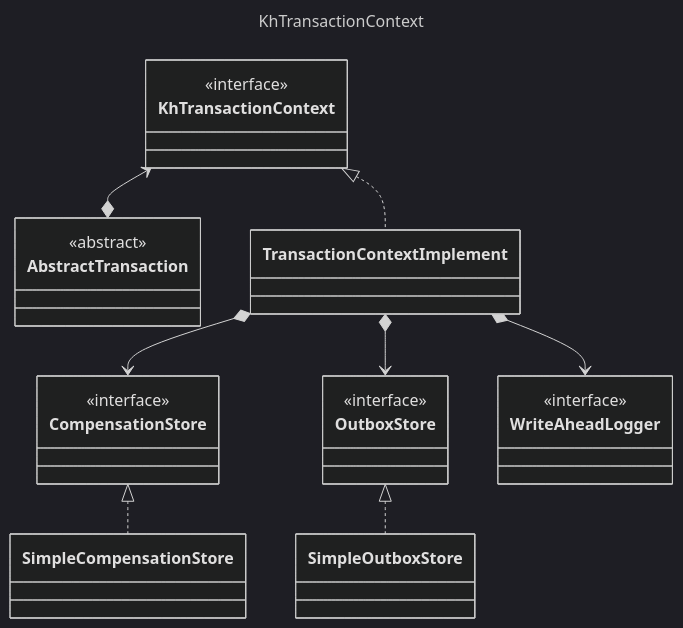
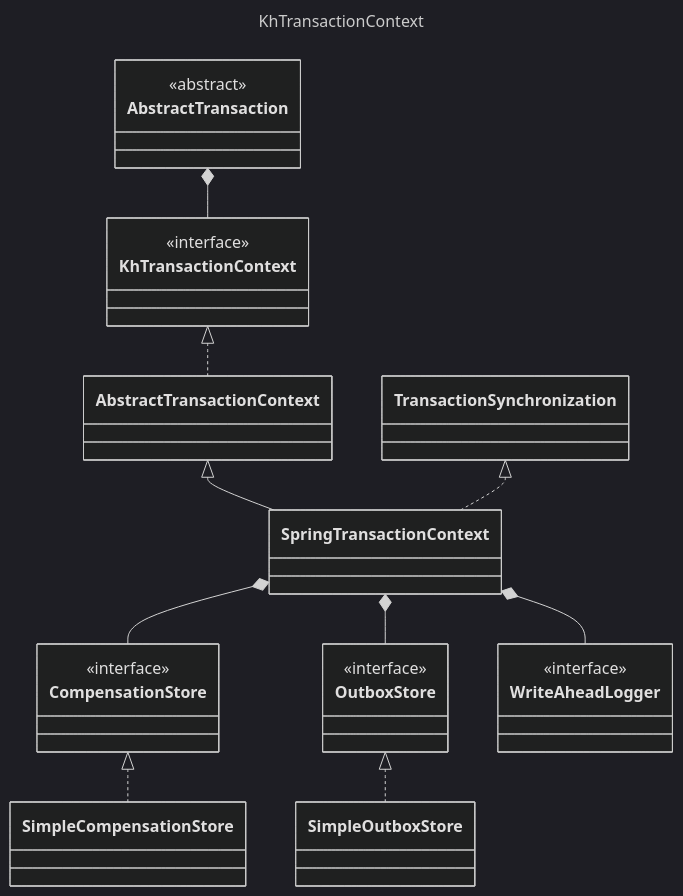
Before and after one commit to keyhub-projects/distributed-transaction-kit: the sixth of 6 diagrams in README.md, drawn with Mermaid (dark theme). The commit also changed other lines of this file and 39 other files, not shown here.

````diff
--- a/README.md
+++ b/README.md
@@ -166,38 +188,43 @@
 ```mermaid
 ---
 title: KhTransactionContext
 ---
 classDiagram
     class KhTransactionContext {
     }
     <<interface>> KhTransactionContext
-    KhTransactionContext <--* AbstractTransaction
+     AbstractTransaction *-- KhTransactionContext
     <<abstract>> AbstractTransaction
     
-    class TransactionContextImplement {
+    class AbstractTransactionContext {
     }
-    KhTransactionContext <|.. TransactionContextImplement
+    KhTransactionContext <|.. AbstractTransactionContext
+    
+    class SpringTransactionContext {
+    }
+    AbstractTransactionContext <|-- SpringTransactionContext
+    TransactionSynchronization <|.. SpringTransactionContext
     
     class CompensationStore {
     }
     <<interface>> CompensationStore
     
     class SimpleCompensationStore {
     }
     CompensationStore <|.. SimpleCompensationStore
-    TransactionContextImplement *--> CompensationStore
+    SpringTransactionContext *-- CompensationStore
     
     class OutboxStore {
     }
     <<interface>> OutboxStore
     
     class SimpleOutboxStore {
     }
     OutboxStore <|.. SimpleOutboxStore
-    TransactionContextImplement *--> OutboxStore
+    SpringTransactionContext *-- OutboxStore
     
     class WriteAheadLogger {
     }
     <<interface>> WriteAheadLogger
-    TransactionContextImplement *--> WriteAheadLogger
+    SpringTransactionContext *-- WriteAheadLogger
 ```
````
